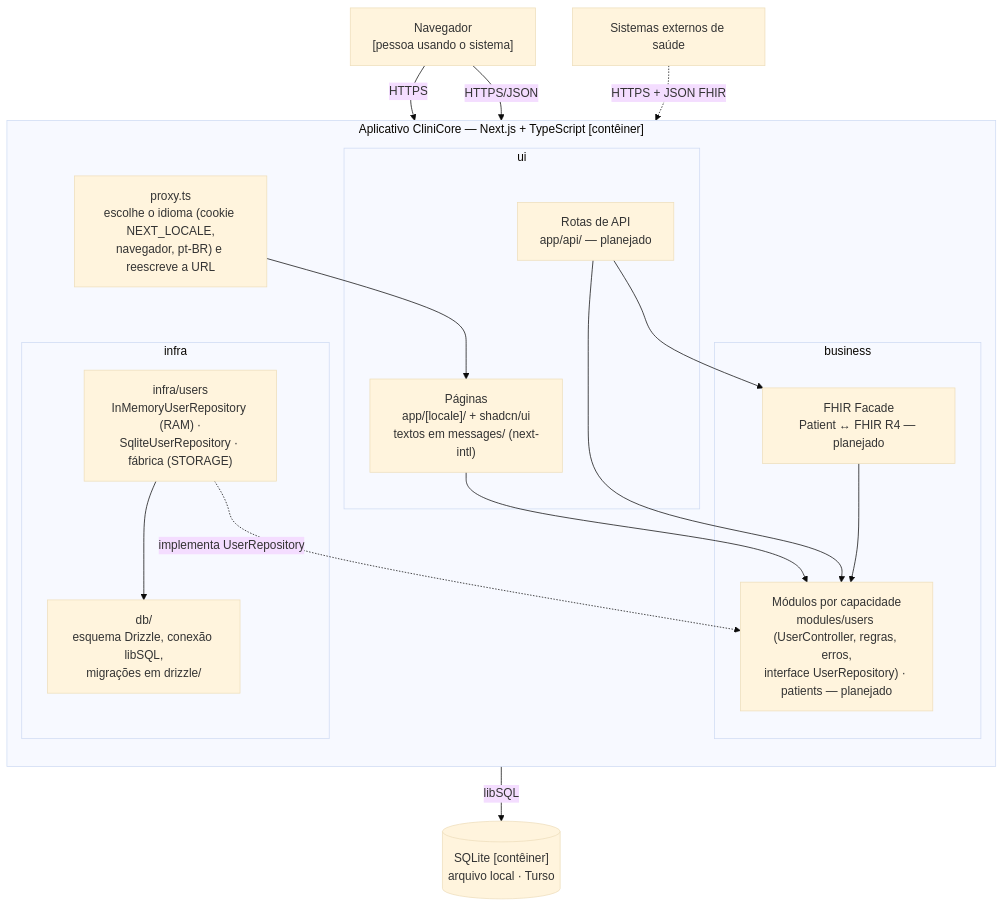
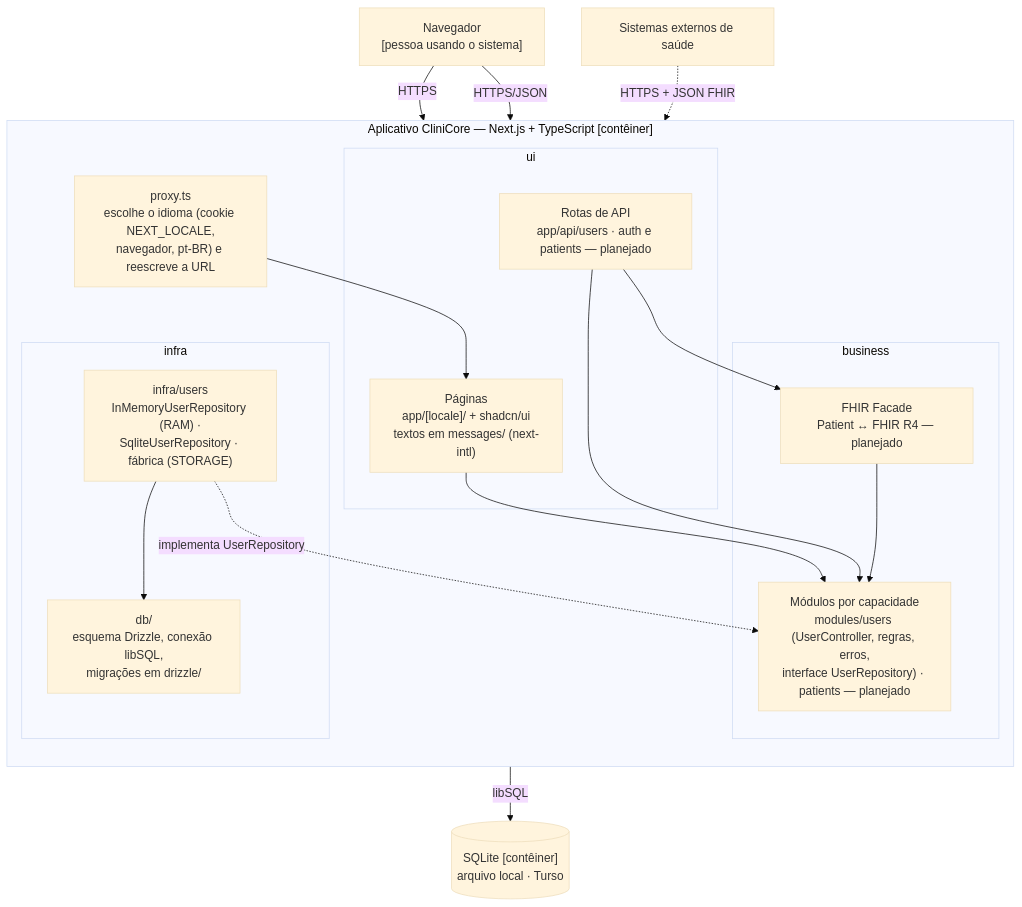
Before and after one commit to beatrizmontenegro07/projeto-metodos: the second of 4 diagrams in docs/07-arquitetura/README.md, drawn with Mermaid (base theme). The commit also changed 15 other files, not shown here.

First line of the commit message:
feat(users): expose user management through /api/users

````diff
--- a/docs/07-arquitetura/README.md
+++ b/docs/07-arquitetura/README.md
@@ -31,37 +31,37 @@
 ```mermaid
 flowchart TB
     navegador["Navegador<br/>[pessoa usando o sistema]"]
 
     subgraph app["Aplicativo CliniCore — Next.js + TypeScript [contêiner]"]
         direction TB
         proxy["proxy.ts<br/>escolhe o idioma (cookie NEXT_LOCALE,<br/>navegador, pt-BR) e reescreve a URL"]
         subgraph ui["ui"]
             paginas["Páginas<br/>app/[locale]/ + shadcn/ui<br/>textos em messages/ (next-intl)"]
-            api["Rotas de API<br/>app/api/ — planejado"]
+            api["Rotas de API<br/>app/api/users · auth e patients — planejado"]
         end
         subgraph business["business"]
             modulos["Módulos por capacidade<br/>modules/users (UserController, regras, erros,<br/>interface UserRepository) · patients — planejado"]
             fhirFacade["FHIR Facade<br/>Patient ↔ FHIR R4 — planejado"]
         end
         subgraph infra["infra"]
             repositorios["infra/users<br/>InMemoryUserRepository (RAM) ·<br/>SqliteUserRepository · fábrica (STORAGE)"]
             db["db/<br/>esquema Drizzle, conexão libSQL,<br/>migrações em drizzle/"]
         end
 
         proxy --> paginas
         paginas --> modulos
         api --> modulos
         api --> fhirFacade
         fhirFacade --> modulos
         repositorios -.->|implementa UserRepository| modulos
         repositorios --> db
     end
 
     banco[("SQLite [contêiner]<br/>arquivo local · Turso")]
     externos["Sistemas externos de saúde"]
 
     navegador -->|HTTPS| proxy
     navegador -->|HTTPS/JSON| api
     db -->|libSQL| banco
     externos -.->|HTTPS + JSON FHIR| api
 ```
````
